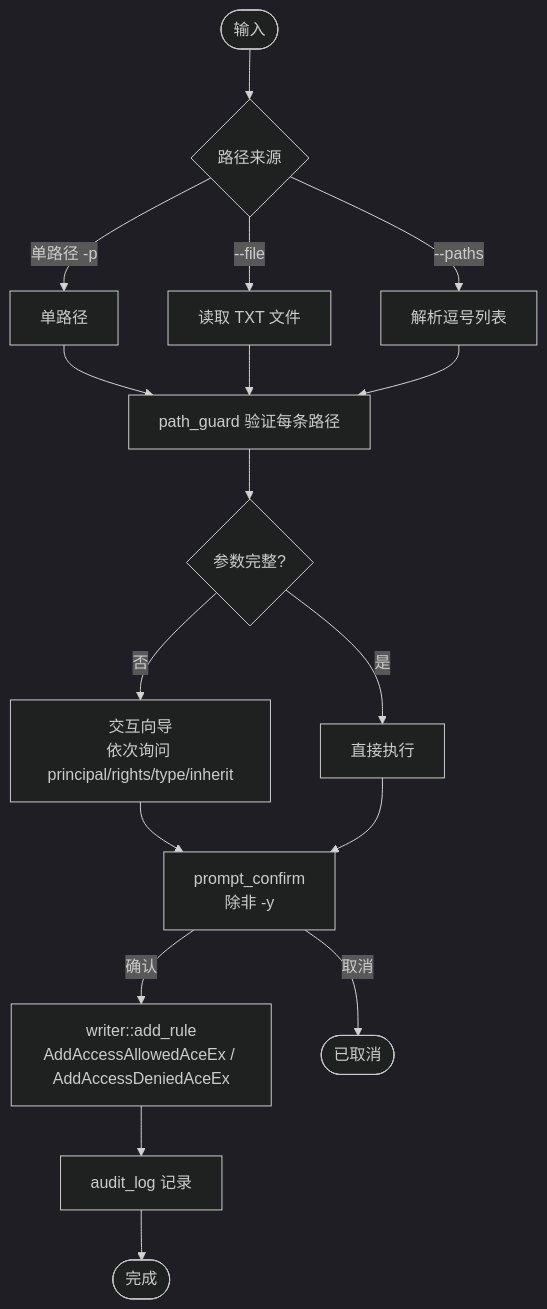
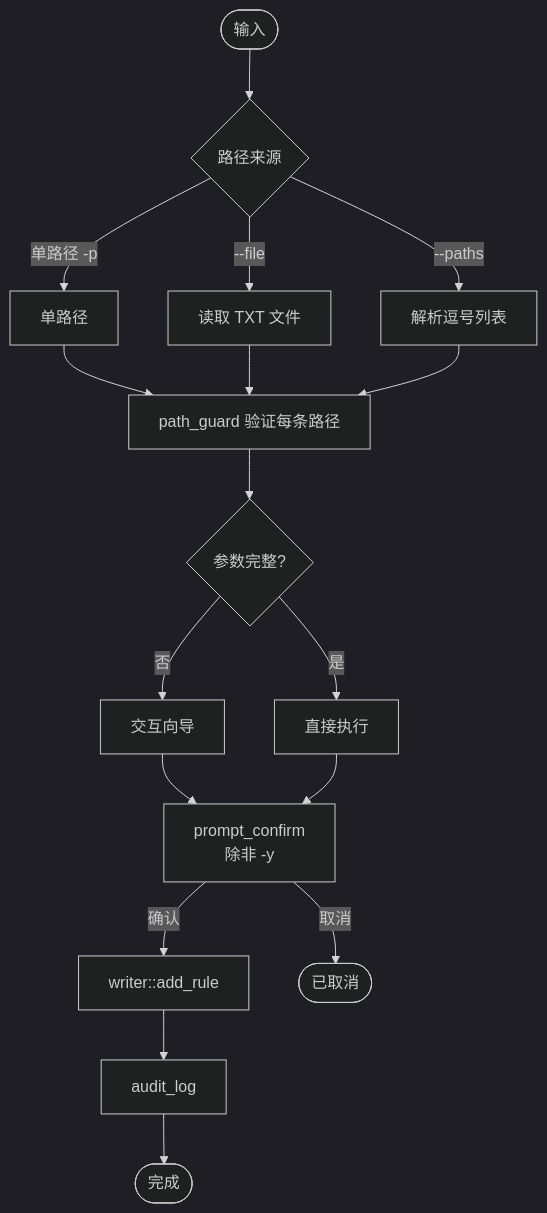
One commit to jinghu-moon/XunYu changed the third of 17 diagrams in docs/module/01-ACL.md. Above: the diagram before and after it, drawn with Mermaid (dark theme). The commit also changed other lines of this file, not shown here.

````diff
--- a/docs/module/01-ACL.md
+++ b/docs/module/01-ACL.md
@@ -159,16 +166,16 @@
 ```mermaid
 flowchart TD
     A([输入]) --> B{路径来源}
     B --> |单路径 -p| C[单路径]
     B --> |--file| D[读取 TXT 文件]
     B --> |--paths| E[解析逗号列表]
     C & D & E --> F[path_guard 验证每条路径]
     F --> G{参数完整?}
-    G --> |否| H[交互向导\n依次询问 principal/rights/type/inherit]
+    G --> |否| H[交互向导]
     G --> |是| I[直接执行]
     H & I --> J[prompt_confirm\n除非 -y]
-    J --> |确认| K[writer::add_rule\nAddAccessAllowedAceEx / AddAccessDeniedAceEx]
+    J --> |确认| K[writer::add_rule]
     J --> |取消| Z([已取消])
-    K --> L[audit_log 记录]
+    K --> L[audit_log]
     L --> M([完成])
 ```
````
